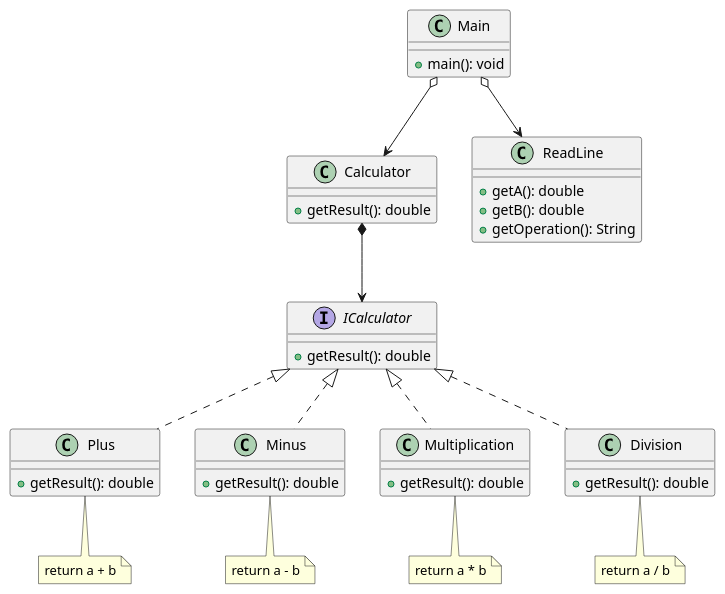
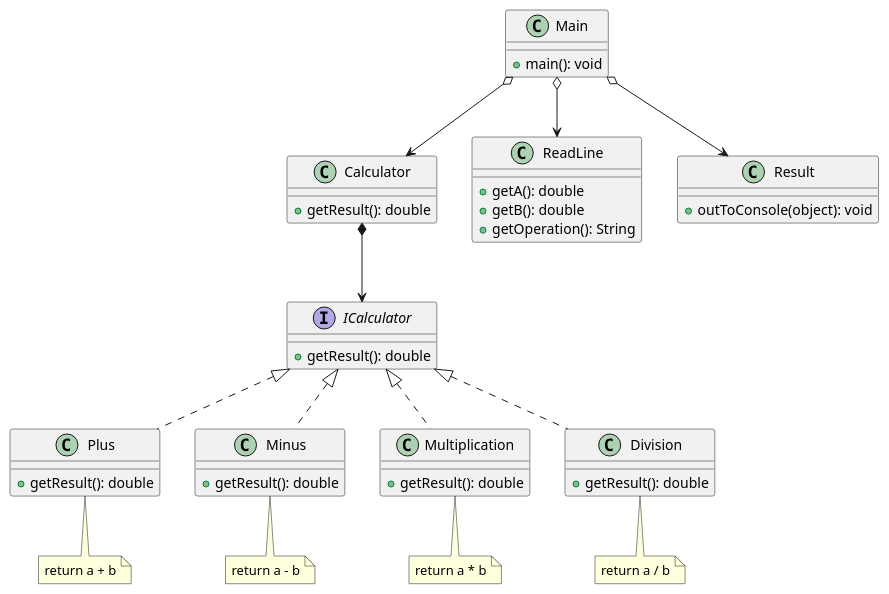
One commit to DmitrySar/easyCalc changed the diagram in doc/Calculator.puml. Above: the diagram before and after it, drawn with PlantUML.

Commit message:
refactoring

```diff
--- a/doc/Calculator.puml
+++ b/doc/Calculator.puml
@@ -1,48 +1,52 @@
 @startuml
 
 interface ICalculator {
 + getResult(): double
 }
 
 class Calculator {
 + getResult(): double
 }
 
 class Main {
 + main(): void
 }
 
 class ReadLine {
 + getA(): double
 + getB(): double
 + getOperation(): String
+}
+
+class Result {
++ outToConsole(object): void
 }
 
 class Plus implements ICalculator {
 + getResult(): double
 }
 
 class Minus implements ICalculator {
 + getResult(): double
 }
 
 class Multiplication implements ICalculator {
 + getResult(): double
 }
 
 class Division implements ICalculator {
 + getResult(): double
 }
 
 note bottom of Division: return a / b
 note bottom of Plus: return a + b
 note bottom of Minus: return a - b
 note bottom of Multiplication: return a * b
 
 Calculator *--> ICalculator
 
 Main o--> ReadLine
-
+Main o--> Result
 Main o--> Calculator
 
 @enduml
```
